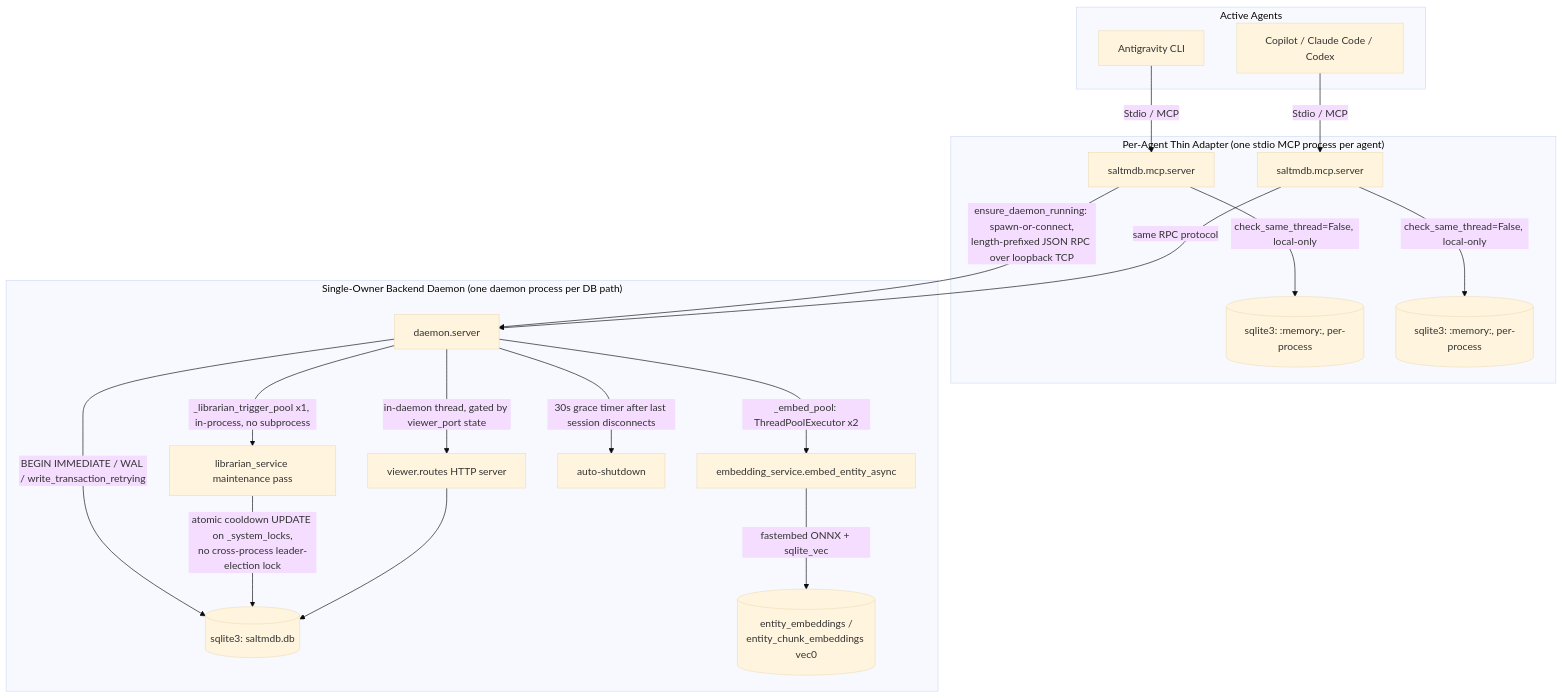
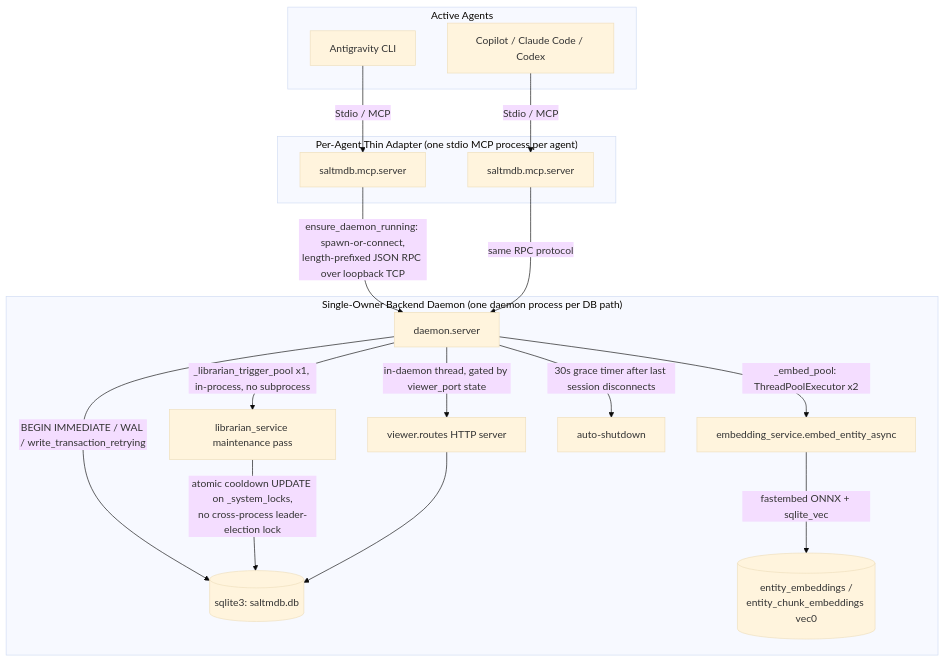
One commit to zbalint/SALTMDB changed the diagram in README.md. Above: the diagram before and after it, drawn with Mermaid (base theme). The commit also changed other lines of this file and 4 other files, not shown here.

````diff
--- a/README.md
+++ b/README.md
@@ -18,27 +18,25 @@
 ```mermaid
 graph TD
     subgraph Active Agents
         A[Antigravity CLI]
         B[Copilot / Claude Code / Codex]
     end
 
     subgraph "Per-Agent Thin Adapter (one stdio MCP process per agent)"
         A -->|Stdio / MCP| AdA[saltmdb.mcp.server]
         B -->|Stdio / MCP| AdB[saltmdb.mcp.server]
-        AdA -->|check_same_thread=False, local-only| EphA[(sqlite3: :memory:, per-process)]
-        AdB -->|check_same_thread=False, local-only| EphB[(sqlite3: :memory:, per-process)]
     end
 
     subgraph "Single-Owner Backend Daemon (one daemon process per DB path)"
         AdA -->|ensure_daemon_running: spawn-or-connect,<br/>length-prefixed JSON RPC over loopback TCP| Daemon[daemon.server]
         AdB -->|same RPC protocol| Daemon
         Daemon -->|BEGIN IMMEDIATE / WAL / write_transaction_retrying| MainDB[(sqlite3: saltmdb.db)]
         Daemon -->|_embed_pool: ThreadPoolExecutor x2| EmbedWorker[embedding_service.embed_entity_async]
         EmbedWorker -->|fastembed ONNX + sqlite_vec| VecDB[(entity_embeddings /<br/>entity_chunk_embeddings vec0)]
         Daemon -->|_librarian_trigger_pool x1, in-process, no subprocess| Lib[librarian_service maintenance pass]
         Lib -->|atomic cooldown UPDATE on _system_locks,<br/>no cross-process leader-election lock| MainDB
         Daemon -->|in-daemon thread, gated by viewer_port state| Viewer[viewer.routes HTTP server]
         Viewer --> MainDB
         Daemon -->|30s grace timer after last session disconnects| Shutdown[auto-shutdown]
     end
 ```
````
